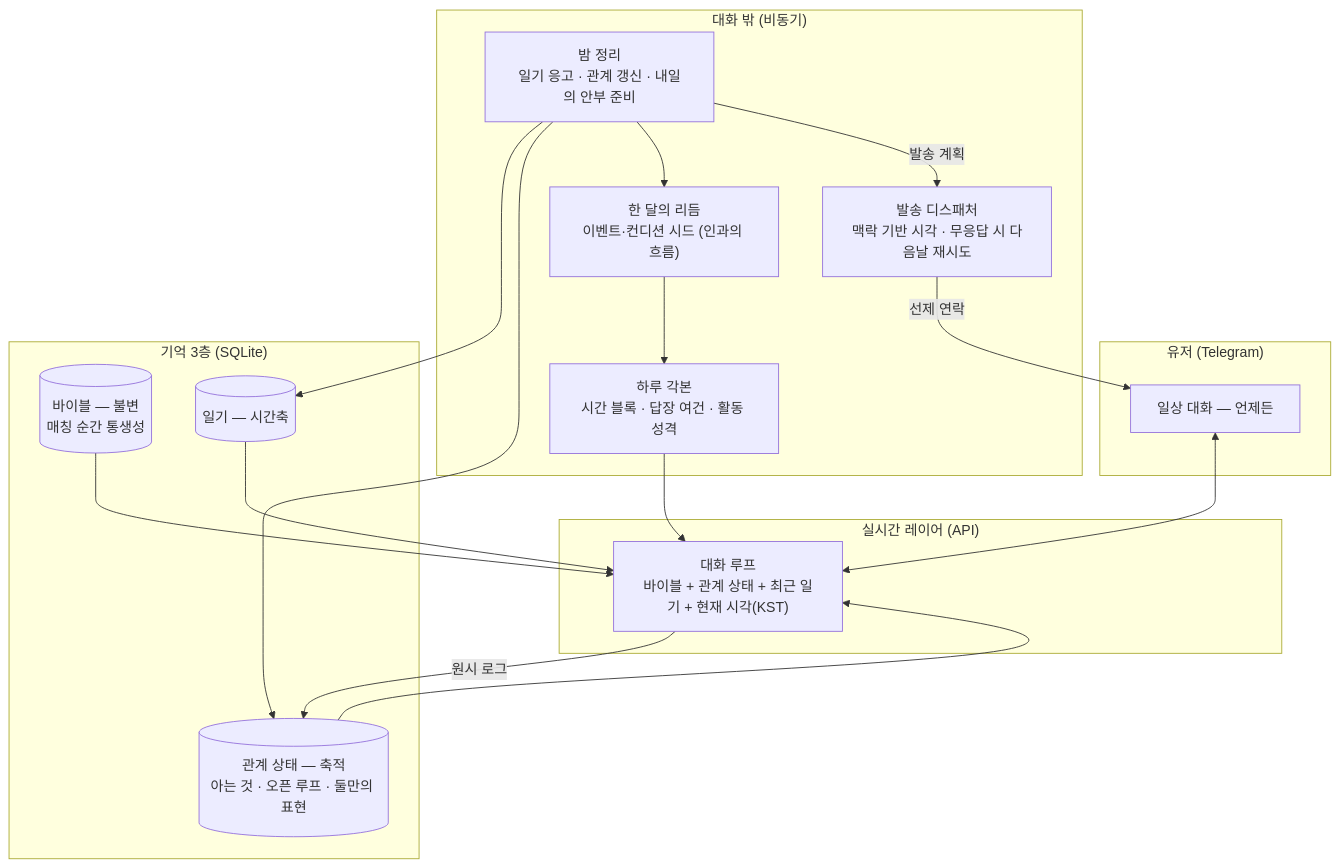
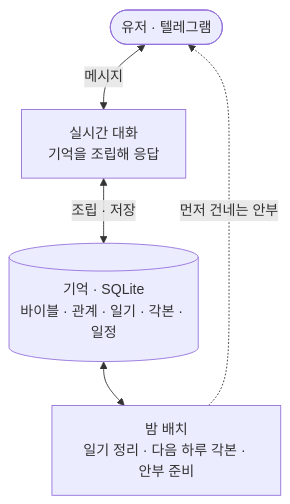
One commit to hyewon3938/random-ai-companion changed the diagram in README.md. Above: the diagram before and after it, drawn with Mermaid. The commit also changed other lines of this file, not shown here.

Commit message:
docs: 타겟 근거 검증 자료로 교체 + 여는 문장·시스템 도식 정리
- 타겟: 미검증 수치(정서적 목적 9.4% 등, 비공식 집계 출처) 삭제 → 검증된 과기정통부(44.5%·ChatGPT)·엠브레인(31.1%)·한국리서치(공감 한계 52%)로 교체
- 여는 문장: '확인하는 PoC'→'설계하고 다듬어온 PoC' (결론 강요 뉘앙스 제거)
- 시스템 구조 도식: 7노드→4노드로 간소화

````diff
--- a/README.md
+++ b/README.md
@@ -110,32 +111,11 @@
 ```mermaid
 graph TB
-    subgraph TG["유저 (Telegram)"]
-        U["일상 대화 — 언제든"]
-    end
-    subgraph RT["실시간 레이어 (API)"]
-        BOT["대화 루프<br/>바이블 + 관계 상태 + 최근 일기 + 현재 시각(KST)"]
-    end
-    subgraph ASYNC["대화 밖 (비동기)"]
-        RHYTHM["한 달의 리듬<br/>이벤트·컨디션 시드 (인과의 흐름)"]
-        PLAN["하루 각본<br/>시간 블록 · 답장 여건 · 활동 성격"]
-        DIARY["밤 정리<br/>일기 응고 · 관계 갱신 · 내일의 안부 준비"]
-        DISP["발송 디스패처<br/>맥락 기반 시각 · 무응답 시 다음날 재시도"]
-    end
-    subgraph MEM["기억 3층 (SQLite)"]
-        B[("바이블 — 불변<br/>매칭 순간 통생성")]
-        R[("관계 상태 — 축적<br/>아는 것 · 오픈 루프 · 둘만의 표현")]
-        D[("일기 — 시간축")]
-    end
-    U <--> BOT
-    B --> BOT
-    R --> BOT
-    D --> BOT
-    BOT -->|원시 로그| R
-    DIARY --> D
-    DIARY --> R
-    DIARY --> RHYTHM
-    RHYTHM --> PLAN
-    PLAN --> BOT
-    DIARY -->|발송 계획| DISP
-    DISP -->|선제 연락| U
+    U(["유저 · 텔레그램"])
+    BOT["실시간 대화<br/>기억을 조립해 응답"]
+    MEM[("기억 · SQLite<br/>바이블 · 관계 · 일기 · 각본 · 일정")]
+    BATCH["밤 배치<br/>일기 정리 · 다음 하루 각본 · 안부 준비"]
+    U <-->|메시지| BOT
+    BOT <-->|조립 · 저장| MEM
+    MEM <--> BATCH
+    BATCH -.->|먼저 건네는 안부| U
 ```
````
